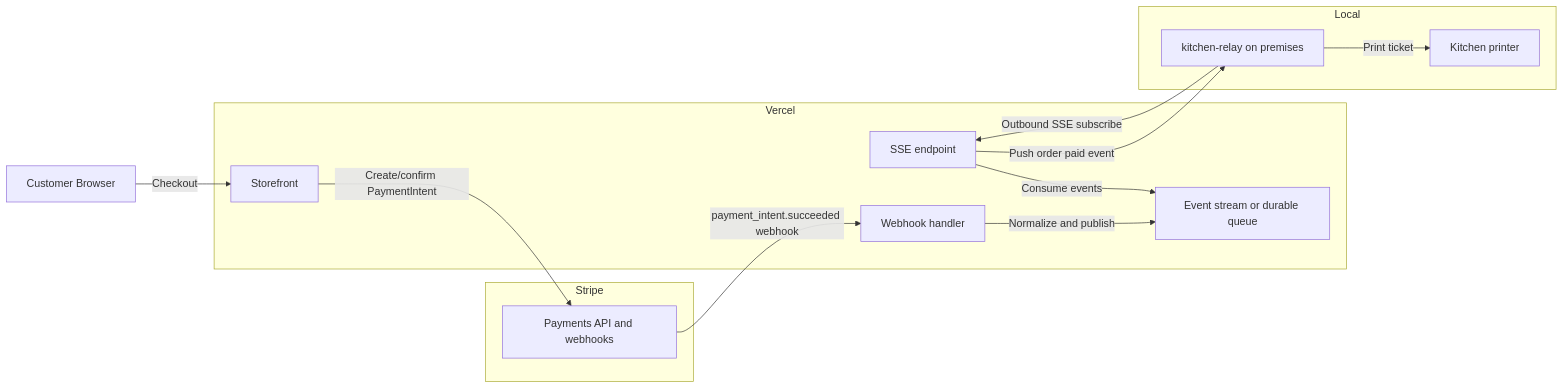
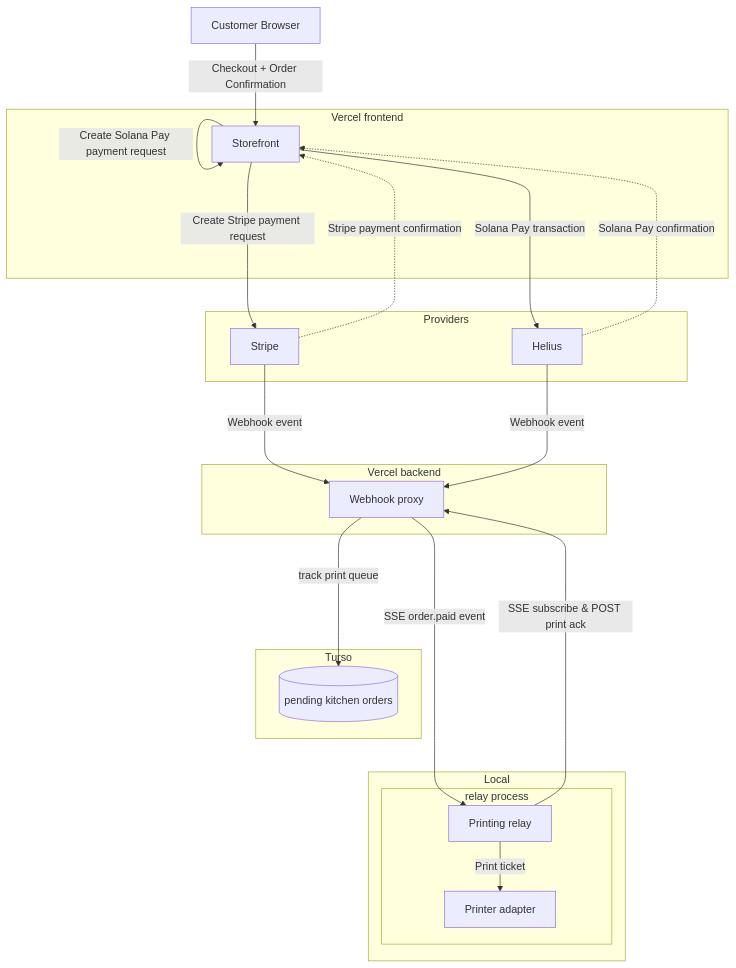
The second of 2 diagrams in README.md (kilogold/RicoS), drawn with Mermaid before and after one commit. The commit also changed other lines of this file, not shown here.

Commit message:
Architecture docs

````diff
--- a/README.md
+++ b/README.md
@@ -174,29 +201,42 @@
 ```mermaid
-flowchart LR
+flowchart TB
   U[Customer Browser]
 
-  subgraph Vercel
+  subgraph Vercel frontend
     W[Storefront]
-    H[Webhook handler]
-    B[Event stream or durable queue]
-    E[SSE endpoint]
+
+
+  end
+    subgraph Vercel backend
+      X[Webhook proxy]
+    end
+  subgraph Turso
+    TB[(pending kitchen orders)]
   end
 
-  subgraph Stripe
-    S[Payments API and webhooks]
+  subgraph Providers
+    S[Stripe]
+    H[Helius]
   end
 
   subgraph Local
-    K[kitchen-relay on premises]
-    P[Kitchen printer]
+    subgraph relay process
+      K[Printing relay]
+      P[Printer adapter]
+    end
   end
 
-  U -->|Checkout| W
-  W -->|Create/confirm PaymentIntent| S
-  S -->|payment_intent.succeeded webhook| H
-  H -->|Normalize and publish| B
-  K -->|Outbound SSE subscribe| E
-  E -->|Consume events| B
-  E -->|Push order paid event| K
+  U -->|Checkout + Order Confirmation| W
+  W --->|Create Stripe payment request| S
+  S -.->|Stripe payment confirmation| W
+  W -->|Create Solana Pay payment request| W
+  W ---->|Solana Pay transaction| H
+  H -.->|Solana Pay confirmation| W
+
+  S --->|Webhook event| X
+  H --->|Webhook event| X
+  X --->|track print queue| TB
+  X ---->|SSE order.paid event| K
+  K -->|SSE subscribe & POST print ack| X
   K -->|Print ticket| P
 ```
````
